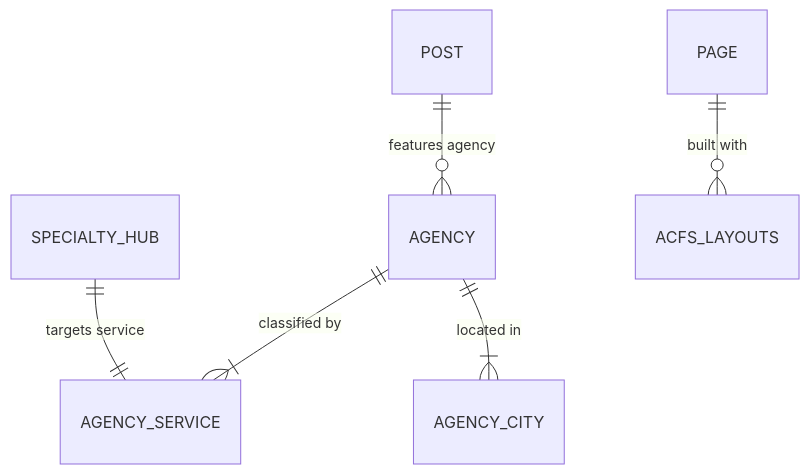
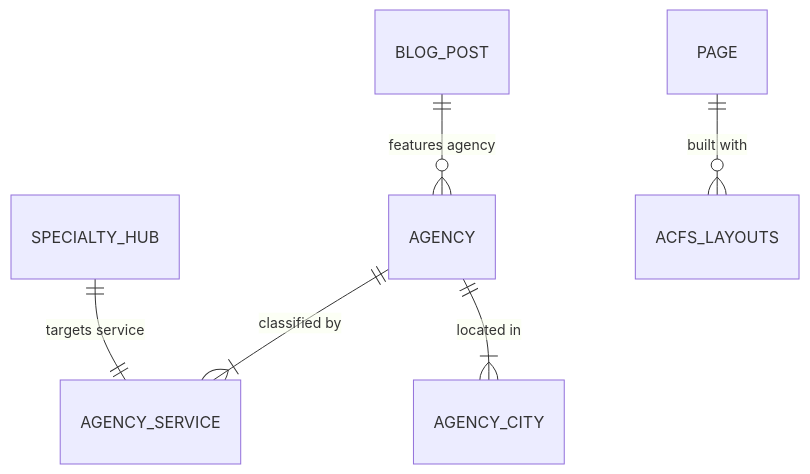
The diagram in cpt_relationships.md (BENYEKHLEF-Anouar/top-digital-agencies), drawn with Mermaid before and after one commit.

Commit message:
Rename POST entity to BLOG_POST in ER diagram

````diff
--- a/cpt_relationships.md
+++ b/cpt_relationships.md
@@ -11,8 +11,8 @@
 ```mermaid
 erDiagram
     AGENCY ||--|{ AGENCY_SERVICE : "classified by"
     AGENCY ||--|{ AGENCY_CITY : "located in"
     SPECIALTY_HUB ||--|| AGENCY_SERVICE : "targets service"
-    POST ||--o{ AGENCY : "features agency"
+    BLOG_POST ||--o{ AGENCY : "features agency"
     PAGE ||--o{ ACFS_LAYOUTS : "built with"
 ```
````
